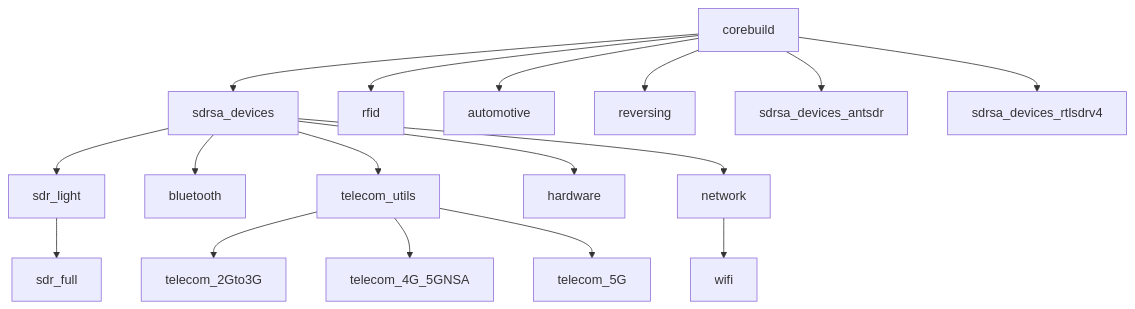
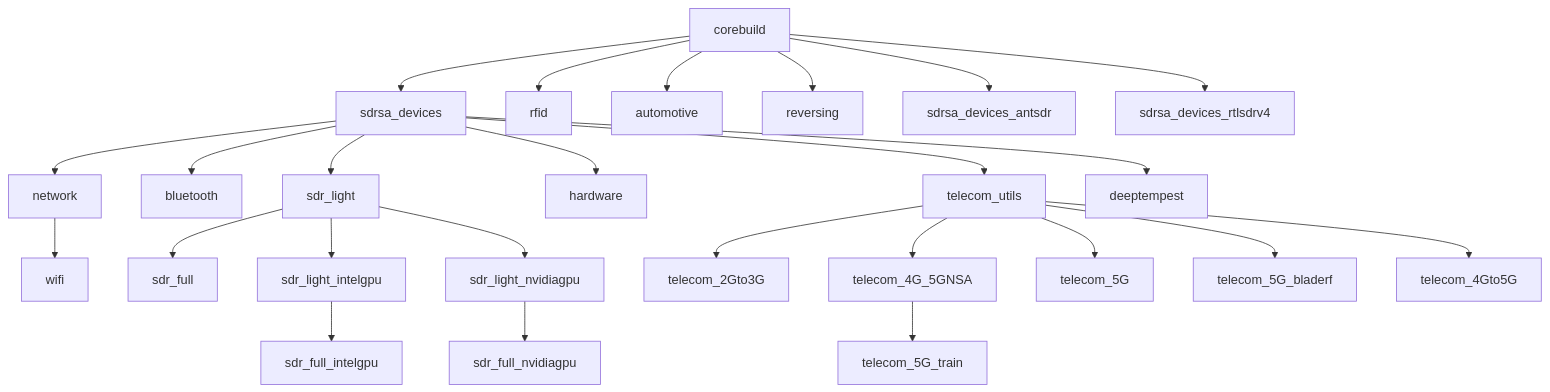
One commit to PentHertz/rfswift-doc-v2 changed the diagram in content/docs/guide/list-of-images.md. Above: the diagram before and after it, drawn with Mermaid. The commit also changed other lines of this file and 92 other files, not shown here.

````diff
--- a/content/docs/guide/list-of-images.md
+++ b/content/docs/guide/list-of-images.md
@@ -78,19 +79,27 @@
 ```mermaid
 graph TD;
     A[corebuild]-->B[sdrsa_devices];
     A-->C[rfid];
     A-->D[automotive];
     A-->E[reversing];
     A-->F[sdrsa_devices_antsdr];
     A-->G[sdrsa_devices_rtlsdrv4];
     B[sdrsa_devices]-->H[sdr_light];
     B[sdrsa_devices]-->I[bluetooth];
     B[sdrsa_devices]-->L[telecom_utils];
     B[sdrsa_devices]-->R[hardware];
     B[sdrsa_devices]-->S[network];
+    B[sdrsa_devices]-->DT[deeptempest];
     S[network]-->J[wifi];
+    H-->K[sdr_full];
+    H-->H2[sdr_light_intelgpu];
+    H-->H3[sdr_light_nvidiagpu];
+    H2-->K2[sdr_full_intelgpu];
+    H3-->K3[sdr_full_nvidiagpu];
     L-->M[telecom_2Gto3G];
     L-->N[telecom_4G_5GNSA];
     L-->O[telecom_5G];
-    H-->K[sdr_full]
+    L-->O2[telecom_5G_bladerf];
+    L-->P[telecom_4Gto5G];
+    N-->P2[telecom_5G_train];
 ```
````
